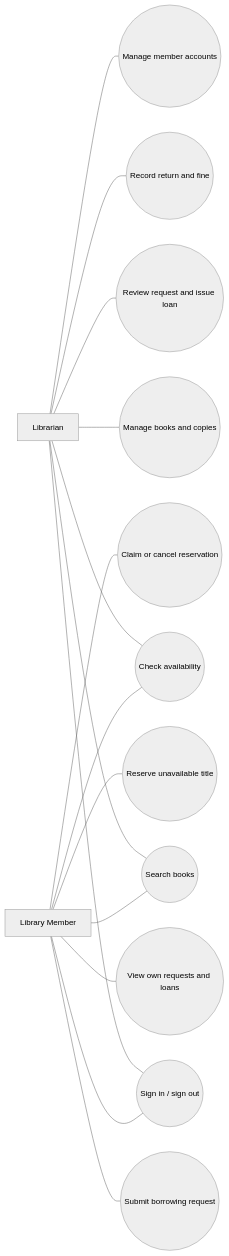
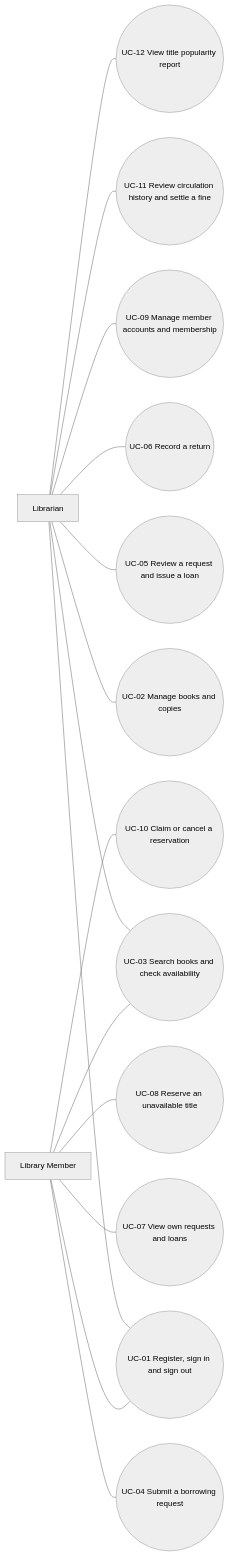
Before and after one commit to trithanh1577/261_72ITSE41704_2474802010400_E-Library: the diagram in docs/design/use-case-diagram.mmd, drawn with Mermaid (neutral theme). The commit also changed 86 other files, not shown here.

```diff
--- a/docs/design/use-case-diagram.mmd
+++ b/docs/design/use-case-diagram.mmd
@@ -1,28 +1,29 @@
 flowchart LR
     L[Librarian]
     M[Library Member]
-    UC1((Sign in / sign out))
-    UC2((Manage books and copies))
-    UC3((Search books))
-    UC4((Check availability))
-    UC5((Submit borrowing request))
-    UC6((Review request and issue loan))
-    UC7((Record return and fine))
-    UC8((View own requests and loans))
-    UC9((Reserve unavailable title))
-    UC10((Claim or cancel reservation))
-    UC11((Manage member accounts))
+    UC1((UC-01 Register, sign in and sign out))
+    UC2((UC-02 Manage books and copies))
+    UC3((UC-03 Search books and check availability))
+    UC4((UC-04 Submit a borrowing request))
+    UC5((UC-05 Review a request and issue a loan))
+    UC6((UC-06 Record a return))
+    UC7((UC-07 View own requests and loans))
+    UC8((UC-08 Reserve an unavailable title))
+    UC9((UC-09 Manage member accounts and membership))
+    UC10((UC-10 Claim or cancel a reservation))
+    UC11((UC-11 Review circulation history and settle a fine))
+    UC12((UC-12 View title popularity report))
     L --- UC1
     M --- UC1
     L --- UC2
     L --- UC3
     M --- UC3
-    L --- UC4
     M --- UC4
-    M --- UC5
+    L --- UC5
     L --- UC6
-    L --- UC7
+    M --- UC7
     M --- UC8
-    M --- UC9
+    L --- UC9
     M --- UC10
     L --- UC11
+    L --- UC12
```
